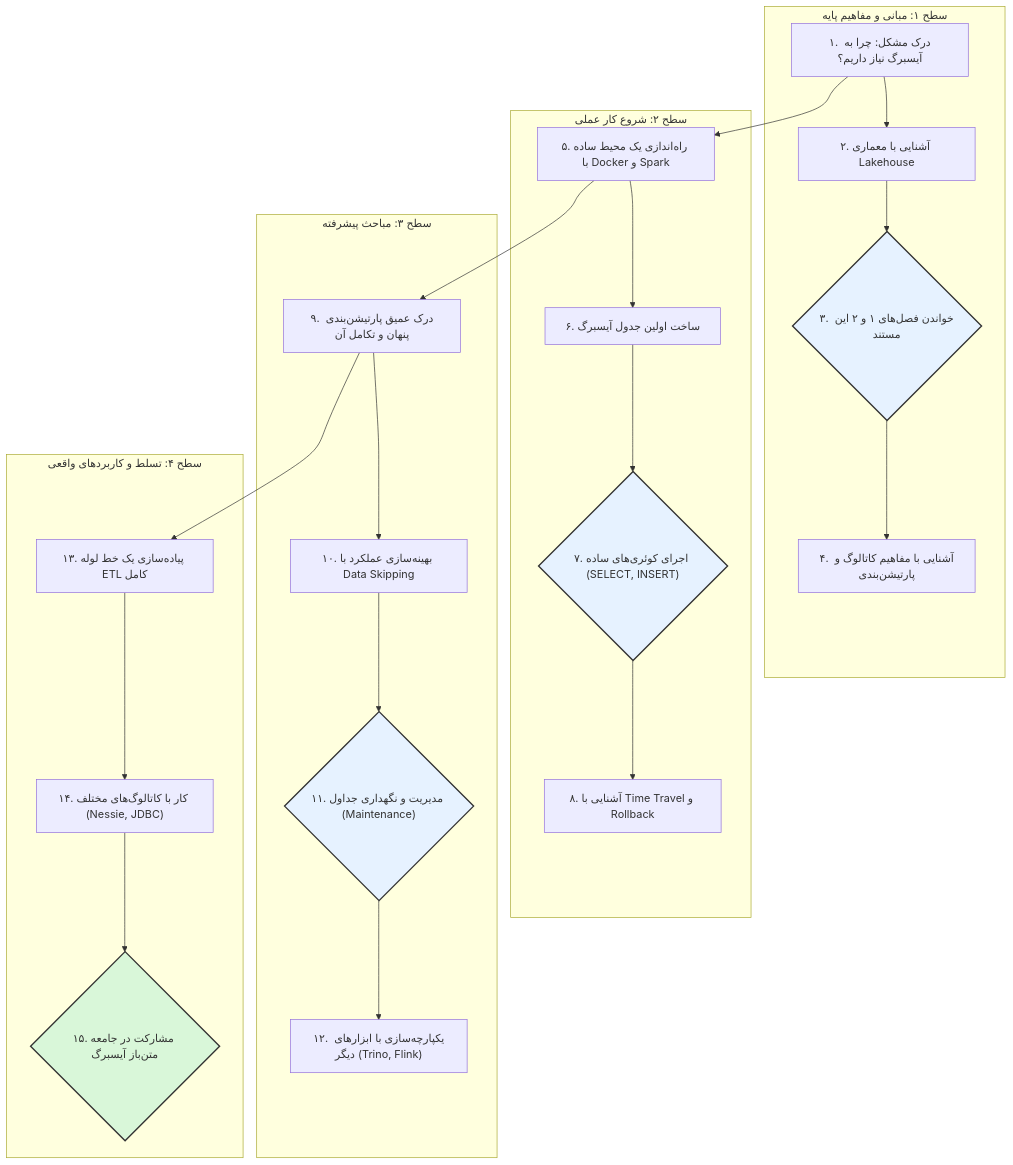
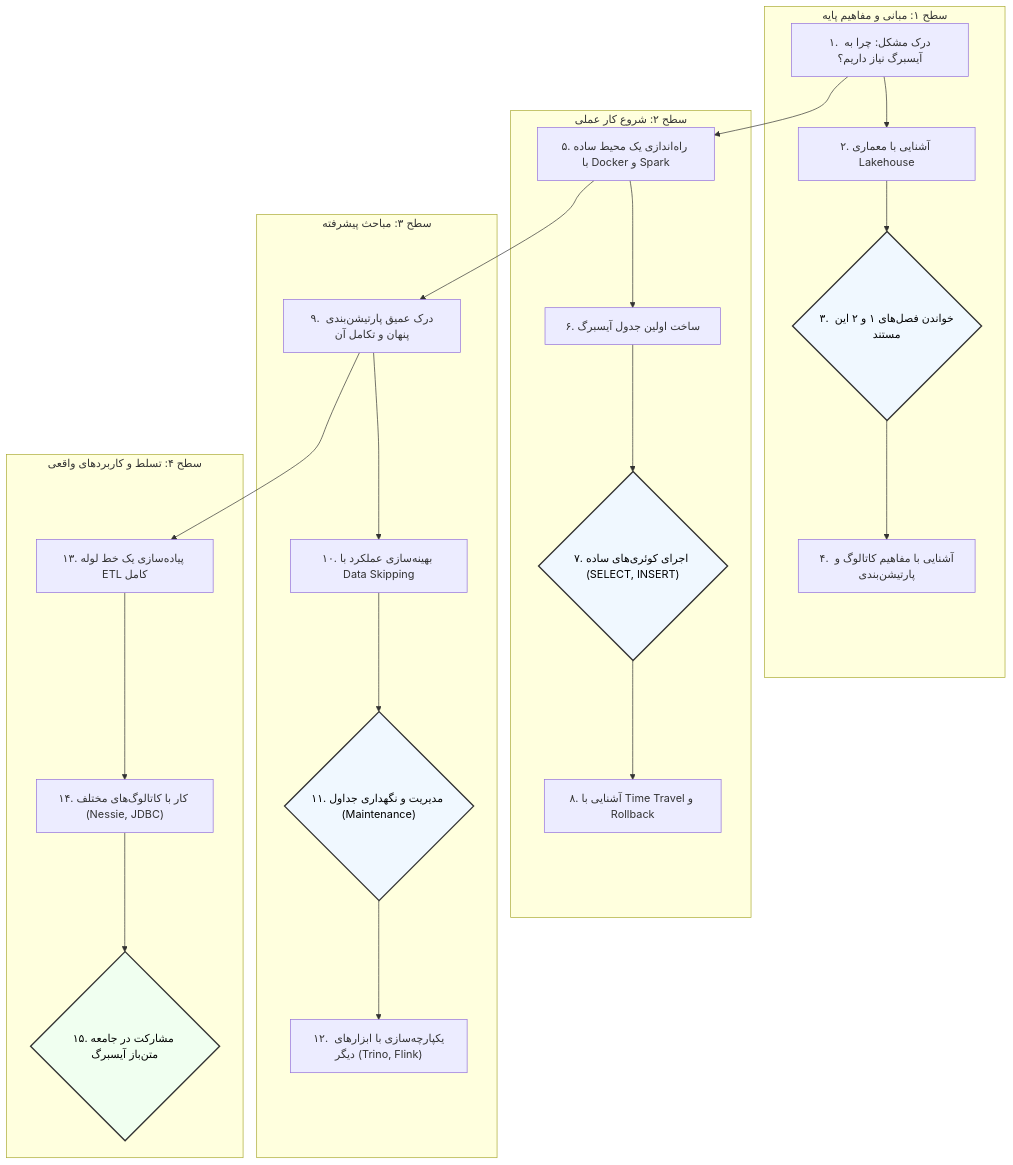
The seventh of 7 diagrams in iceberg_explanation_fa.md (jonsonpaskal123/iceberg), drawn with Mermaid before and after one commit.

Commit message:
Fix(mermaid): improve color contrast for better readability in roadmap diagram

````diff
--- a/iceberg_explanation_fa.md
+++ b/iceberg_explanation_fa.md
@@ -294,34 +294,34 @@
 ```mermaid
 graph TD
     subgraph "سطح ۱: مبانی و مفاهیم پایه"
         A[۱. درک مشکل: چرا به آیسبرگ نیاز داریم؟] --> B[۲. آشنایی با معماری Lakehouse]
         B --> C{۳. خواندن فصل‌های ۱ و ۲ این مستند}
         C --> D[۴. آشنایی با مفاهیم کاتالوگ و پارتیشن‌بندی]
     end
 
     subgraph "سطح ۲: شروع کار عملی"
         E[۵. راه‌اندازی یک محیط ساده با Docker و Spark] --> F[۶. ساخت اولین جدول آیسبرگ]
         F --> G{"۷. اجرای کوئری‌های ساده (SELECT, INSERT)"}
         G --> H[۸. آشنایی با Time Travel و Rollback]
     end
 
     subgraph "سطح ۳: مباحث پیشرفته"
         I[۹. درک عمیق پارتیشن‌بندی پنهان و تکامل آن] --> J[۱۰. بهینه‌سازی عملکرد با Data Skipping]
         J --> K{"۱۱. مدیریت و نگهداری جداول (Maintenance)"}
         K --> L["۱۲. یکپارچه‌سازی با ابزارهای دیگر (Trino, Flink)"]
     end
 
     subgraph "سطح ۴: تسلط و کاربردهای واقعی"
         M[۱۳. پیاده‌سازی یک خط لوله ETL کامل] --> N["۱۴. کار با کاتالوگ‌های مختلف (Nessie, JDBC)"]
         N --> O{۱۵. مشارکت در جامعه متن‌باز آیسبرگ}
     end
 
     A --> E
     E --> I
     I --> M
 
-    style C fill:#e6f2ff,stroke:#333,stroke-width:2px
-    style G fill:#e6f2ff,stroke:#333,stroke-width:2px
-    style K fill:#e6f2ff,stroke:#333,stroke-width:2px
-    style O fill:#d9f7d9,stroke:#333,stroke-width:2px
+    style C fill:#f0f8ff,stroke:#333,stroke-width:2px,color:#000
+    style G fill:#f0f8ff,stroke:#333,stroke-width:2px,color:#000
+    style K fill:#f0f8ff,stroke:#333,stroke-width:2px,color:#000
+    style O fill:#f0fff0,stroke:#333,stroke-width:2px,color:#000
 ```
````
